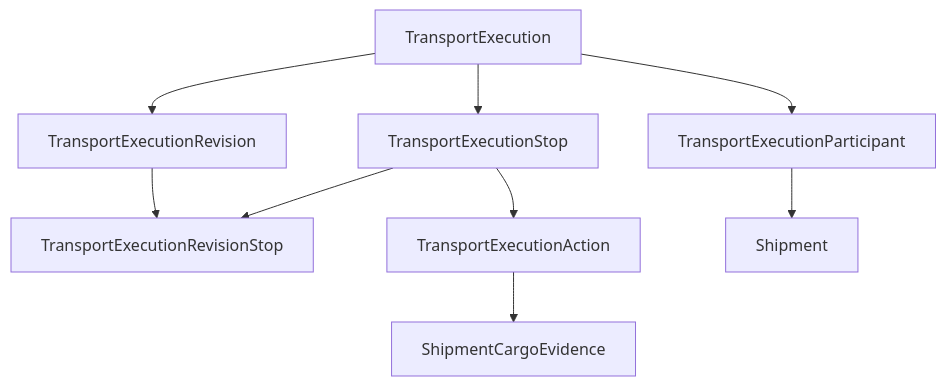
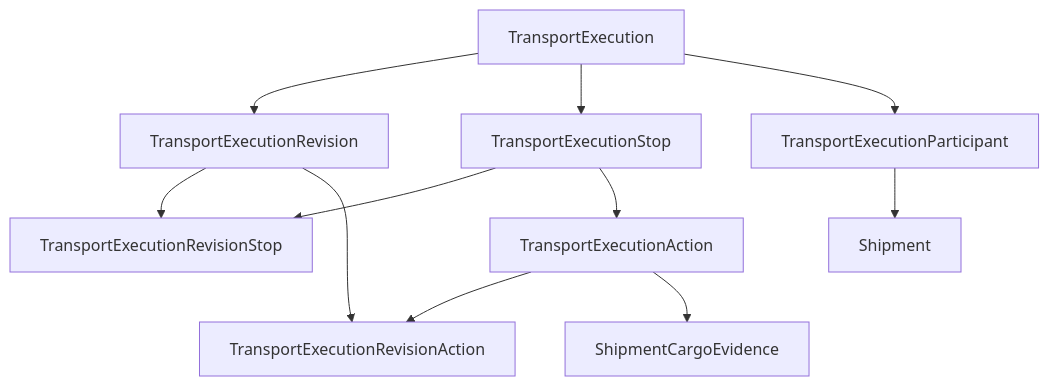
One commit to f9999737292-bit/Freihgt-platform changed the second of 2 diagrams in docs/architecture/tms-multistop/DOMAIN_MODEL.md. Above: the diagram before and after it, drawn with Mermaid. The commit also changed other lines of this file and 19 other files, not shown here.

````diff
--- a/docs/architecture/tms-multistop/DOMAIN_MODEL.md
+++ b/docs/architecture/tms-multistop/DOMAIN_MODEL.md
@@ -59,19 +67,22 @@
 ```mermaid
 flowchart TD
   Route[TransportExecution]
   Revision[TransportExecutionRevision]
   Link[TransportExecutionRevisionStop]
+  ActionLink[TransportExecutionRevisionAction]
   Stop[TransportExecutionStop]
   Action[TransportExecutionAction]
   Participant[TransportExecutionParticipant]
   Shipment[Shipment]
   Evidence[ShipmentCargoEvidence]
   Route --> Revision
   Route --> Stop
   Route --> Participant
   Revision --> Link
   Stop --> Link
+  Revision --> ActionLink
+  Action --> ActionLink
   Stop --> Action
   Participant --> Shipment
   Action --> Evidence
 ```
````
